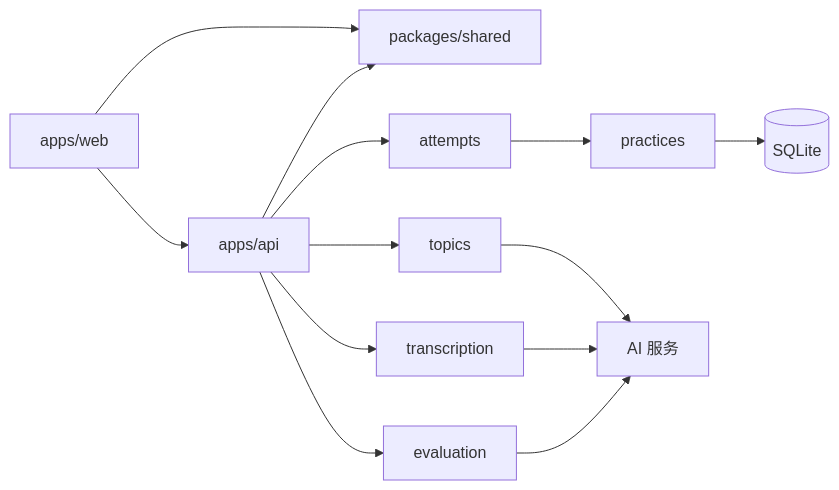
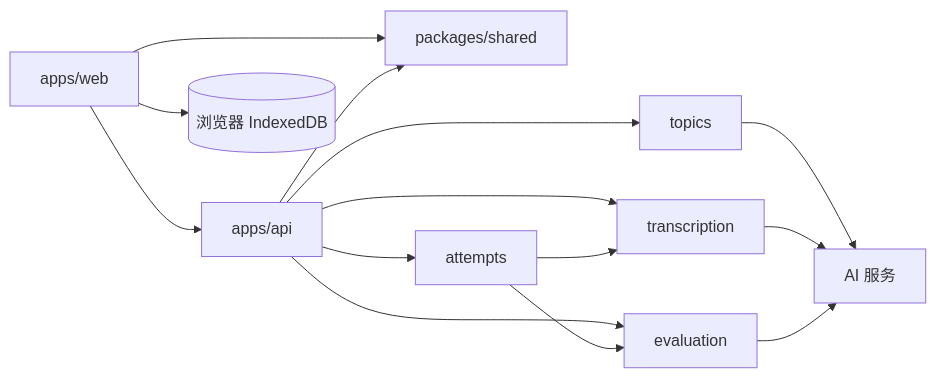
The diagram in design.md (zhaoyinger623/expression-training), drawn with Mermaid before and after one commit. The commit also changed other lines of this file and 27 other files, not shown here.

````diff
--- a/design.md
+++ b/design.md
@@ -38,15 +37,16 @@
 ```mermaid
 flowchart LR
   Web[apps/web] --> API[apps/api]
   Web --> Shared[packages/shared]
   API --> Shared
   API --> Topics[topics]
   API --> Transcription[transcription]
   API --> Evaluation[evaluation]
   API --> Attempts[attempts]
-  Attempts --> Practices[practices]
-  Practices --> SQLite[(SQLite)]
+  Web --> IndexedDB[(浏览器 IndexedDB)]
+  Attempts --> Transcription
+  Attempts --> Evaluation
   Topics --> AI[AI 服务]
   Transcription --> AI
   Evaluation --> AI
 ```
````
